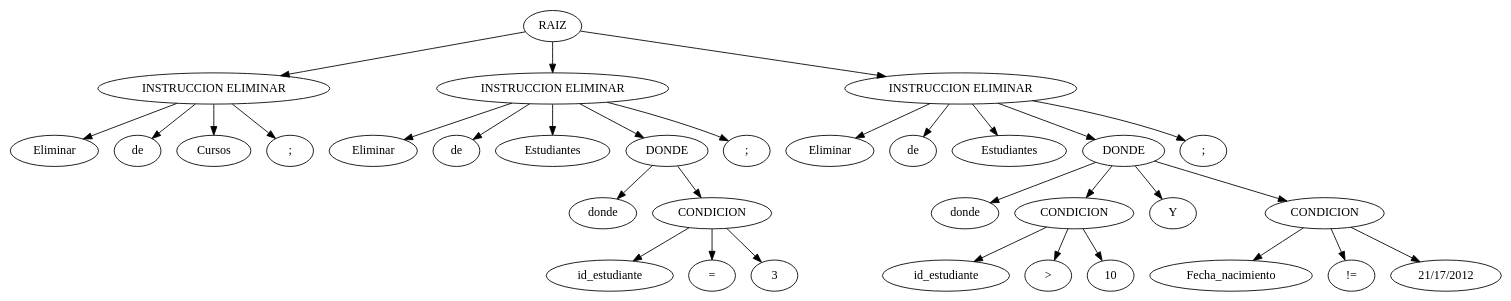
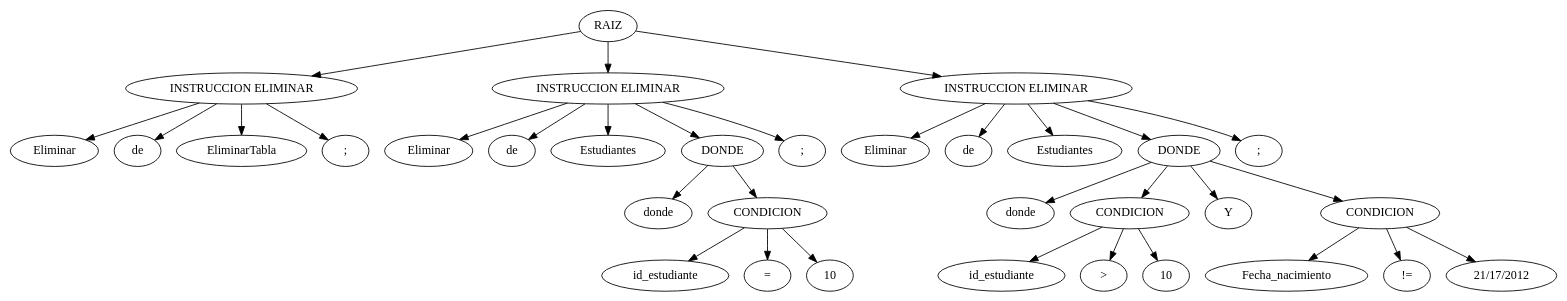
One commit to KByteGt/-OLC1-PY1_201503836 changed the diagram in Reportes/arbolAST.dot. Above: the diagram before and after it, drawn with Graphviz. The commit also changed 28 other files, not shown here.

```diff
--- a/Reportes/arbolAST.dot
+++ b/Reportes/arbolAST.dot
@@ -1,69 +1,69 @@
 digraph G {
 	node884773492 [label = "RAIZ"];
 	node1770515321 [label = "INSTRUCCION ELIMINAR"];
-	node33020001 [label = "Eliminar"];
-	node26020010 [label = "de"];
-	node14020013 [label = "Cursos"];
-	node59020019 [label = ";"];
+	node33012001 [label = "Eliminar"];
+	node26012010 [label = "de"];
+	node14012013 [label = "EliminarTabla"];
+	node59012026 [label = ";"];
 	node1770515322 [label = "INSTRUCCION ELIMINAR"];
-	node33021001 [label = "Eliminar"];
-	node26021010 [label = "de"];
-	node14021013 [label = "Estudiantes"];
+	node33013003 [label = "Eliminar"];
+	node26013012 [label = "de"];
+	node14013015 [label = "Estudiantes"];
 	node1640705785 [label = "DONDE"];
-	node27021025 [label = "donde"];
+	node27013027 [label = "donde"];
 	node1947360600 [label = "CONDICION"];
-	node14021031 [label = "id_estudiante"];
-	node61021045 [label = "="];
-	node10021047 [label = "3"];
-	node59021048 [label = ";"];
+	node14013033 [label = "id_estudiante"];
+	node61013047 [label = "="];
+	node10013049 [label = "10"];
+	node59013051 [label = ";"];
 	node1770515325 [label = "INSTRUCCION ELIMINAR"];
-	node33022001 [label = "Eliminar"];
-	node26022010 [label = "de"];
-	node14022013 [label = "Estudiantes"];
+	node33014003 [label = "Eliminar"];
+	node26014012 [label = "de"];
+	node14014015 [label = "Estudiantes"];
 	node1640705782 [label = "DONDE"];
-	node27022025 [label = "donde"];
+	node27014027 [label = "donde"];
 	node1947360603 [label = "CONDICION"];
-	node14022031 [label = "id_estudiante"];
-	node62022045 [label = ">"];
-	node10022047 [label = "10"];
-	node28023001 [label = "Y"];
+	node14014033 [label = "id_estudiante"];
+	node62014047 [label = ">"];
+	node10014049 [label = "10"];
+	node28015003 [label = "Y"];
 	node1947360604 [label = "CONDICION"];
-	node14023003 [label = "Fecha_nacimiento"];
-	node65023020 [label = "!="];
-	node13023023 [label = "21/17/2012"];
-	node59023035 [label = ";"];
+	node14015005 [label = "Fecha_nacimiento"];
+	node65015022 [label = "!="];
+	node13015025 [label = "21/17/2012"];
+	node59015037 [label = ";"];
 	
 	node884773492 -> node1770515321;
 	node884773492 -> node1770515322;
 	node884773492 -> node1770515325;
-	node1770515321 -> node33020001;
-	node1770515321 -> node26020010;
-	node1770515321 -> node14020013;
-	node1770515321 -> node59020019;
-	node1770515322 -> node33021001;
-	node1770515322 -> node26021010;
-	node1770515322 -> node14021013;
+	node1770515321 -> node33012001;
+	node1770515321 -> node26012010;
+	node1770515321 -> node14012013;
+	node1770515321 -> node59012026;
+	node1770515322 -> node33013003;
+	node1770515322 -> node26013012;
+	node1770515322 -> node14013015;
 	node1770515322 -> node1640705785;
-	node1770515322 -> node59021048;
-	node1640705785 -> node27021025;
+	node1770515322 -> node59013051;
+	node1640705785 -> node27013027;
 	node1640705785 -> node1947360600;
-	node1947360600 -> node14021031;
-	node1947360600 -> node61021045;
-	node1947360600 -> node10021047;
-	node1770515325 -> node33022001;
-	node1770515325 -> node26022010;
-	node1770515325 -> node14022013;
+	node1947360600 -> node14013033;
+	node1947360600 -> node61013047;
+	node1947360600 -> node10013049;
+	node1770515325 -> node33014003;
+	node1770515325 -> node26014012;
+	node1770515325 -> node14014015;
 	node1770515325 -> node1640705782;
-	node1770515325 -> node59023035;
-	node1640705782 -> node27022025;
+	node1770515325 -> node59015037;
+	node1640705782 -> node27014027;
 	node1640705782 -> node1947360603;
-	node1640705782 -> node28023001;
+	node1640705782 -> node28015003;
 	node1640705782 -> node1947360604;
-	node1947360603 -> node14022031;
-	node1947360603 -> node62022045;
-	node1947360603 -> node10022047;
-	node1947360604 -> node14023003;
-	node1947360604 -> node65023020;
-	node1947360604 -> node13023023;
+	node1947360603 -> node14014033;
+	node1947360603 -> node62014047;
+	node1947360603 -> node10014049;
+	node1947360604 -> node14015005;
+	node1947360604 -> node65015022;
+	node1947360604 -> node13015025;
 	
 }
```
